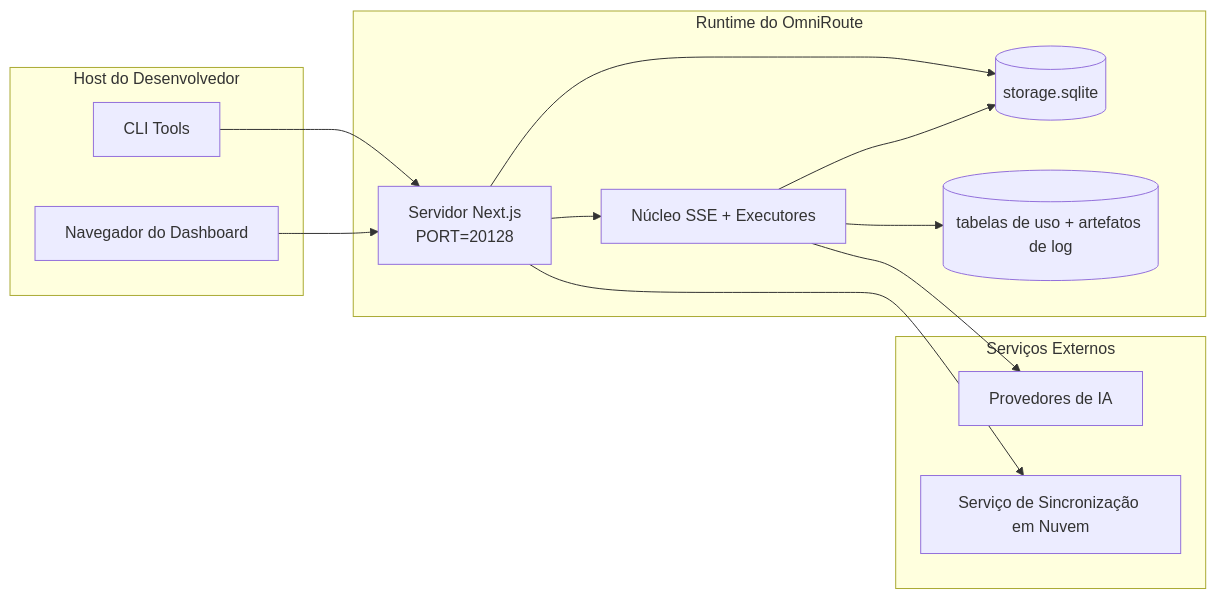
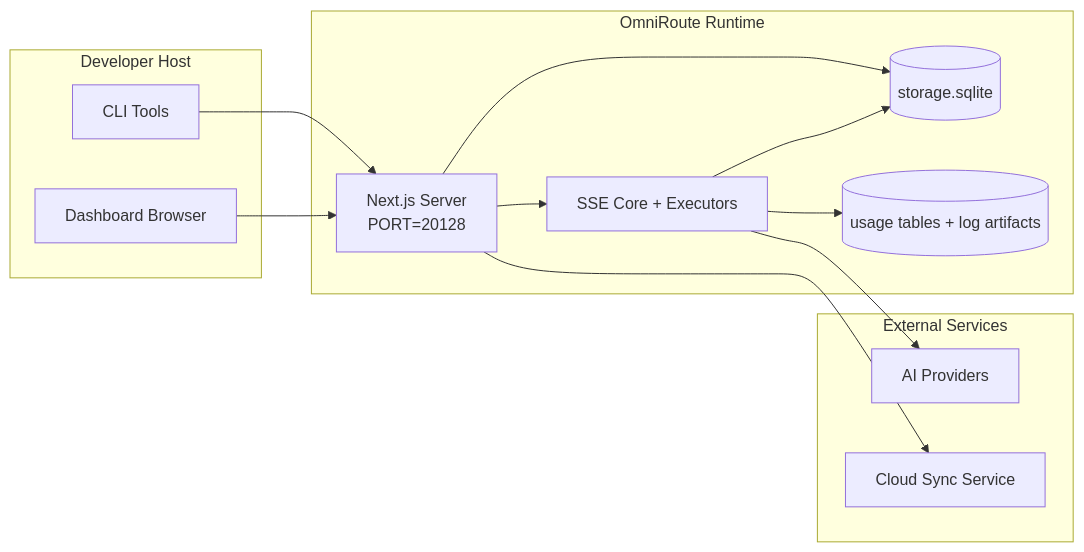
One commit to Abhijeet1520/OmniRoute changed the seventh of 7 diagrams in docs/i18n/pt-BR/docs/architecture/ARCHITECTURE.md. Above: the diagram before and after it, drawn with Mermaid. The commit also changed other lines of this file and 1154 other files, not shown here.

````diff
--- a/docs/i18n/pt-BR/docs/architecture/ARCHITECTURE.md
+++ b/docs/i18n/pt-BR/docs/architecture/ARCHITECTURE.md
@@ -788,28 +813,28 @@
 ```mermaid
 flowchart LR
-    subgraph LocalHost[Host do Desenvolvedor]
+    subgraph LocalHost[Developer Host]
         CLI[CLI Tools]
-        Browser[Navegador do Dashboard]
+        Browser[Dashboard Browser]
     end
 
-    subgraph ContainerOrProcess[Runtime do OmniRoute]
-        Next[Servidor Next.js\nPORT=20128]
-        Core[Núcleo SSE + Executores]
+    subgraph ContainerOrProcess[OmniRoute Runtime]
+        Next[Next.js Server\nPORT=20128]
+        Core[SSE Core + Executors]
         MainDB[(storage.sqlite)]
-        UsageDB[(tabelas de uso + artefatos de log)]
+        UsageDB[(usage tables + log artifacts)]
     end
 
-    subgraph External[Serviços Externos]
-        Providers[Provedores de IA]
-        SyncCloud[Serviço de Sincronização em Nuvem]
+    subgraph External[External Services]
+        Providers[AI Providers]
+        SyncCloud[Cloud Sync Service]
     end
 
     CLI --> Next
     Browser --> Next
     Next --> Core
     Next --> MainDB
     Core --> MainDB
     Core --> UsageDB
     Core --> Providers
     Next --> SyncCloud
 ```
````
